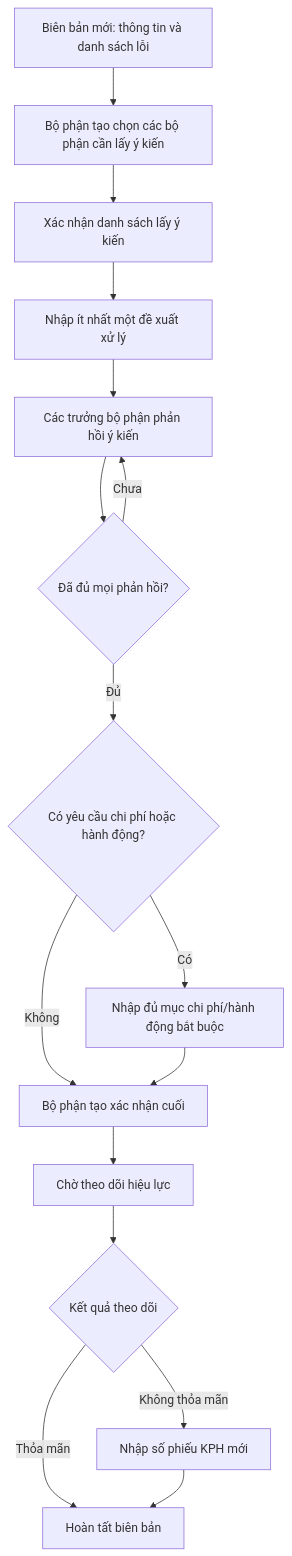
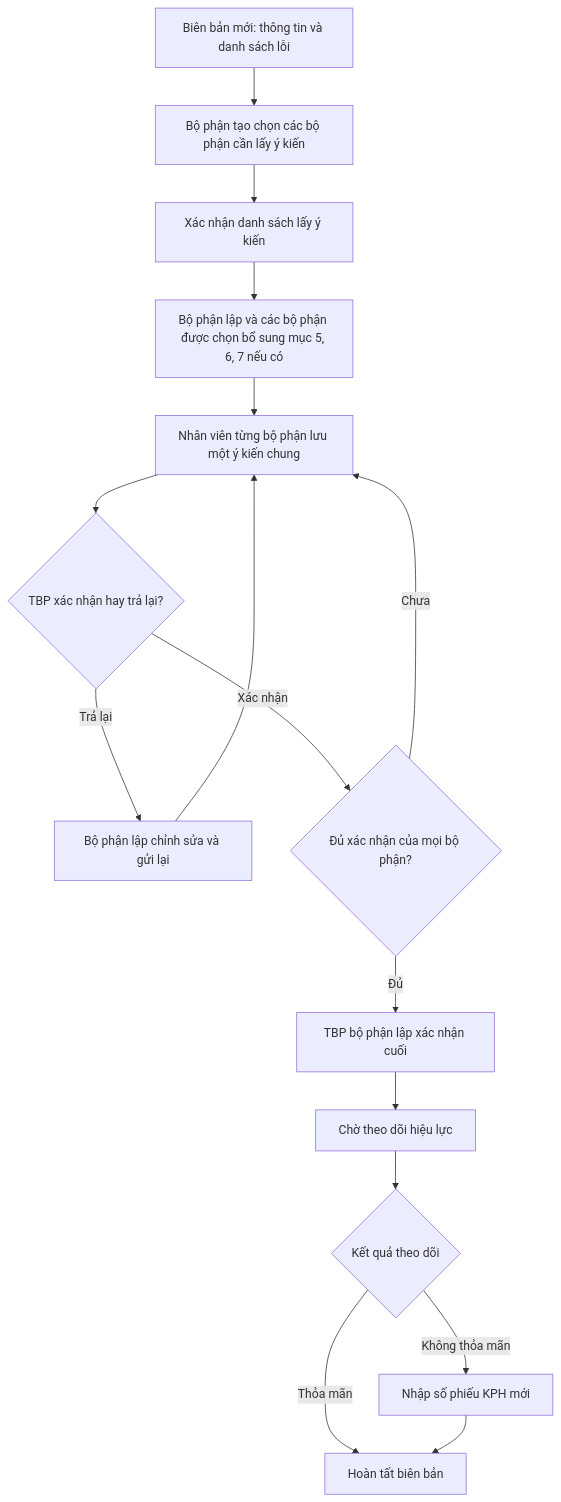
The ninth of 12 diagrams in docs/HUONG_DAN_LUONG_SO_HOA_KIEM_VA_BIEN_BAN.md (duyy1805/SoHoaBBK), drawn with Mermaid before and after one commit. The commit also changed other lines of this file and 30 other files, not shown here.

````diff
--- a/docs/HUONG_DAN_LUONG_SO_HOA_KIEM_VA_BIEN_BAN.md
+++ b/docs/HUONG_DAN_LUONG_SO_HOA_KIEM_VA_BIEN_BAN.md
@@ -365,18 +365,18 @@
 ```mermaid
 flowchart TD
     A["Biên bản mới: thông tin và danh sách lỗi"] --> B["Bộ phận tạo chọn các bộ phận cần lấy ý kiến"]
     B --> C["Xác nhận danh sách lấy ý kiến"]
-    C --> D["Nhập ít nhất một đề xuất xử lý"]
-    D --> E["Các trưởng bộ phận phản hồi ý kiến"]
-    E --> F{"Đã đủ mọi phản hồi?"}
-    F -->|"Chưa"| E
-    F -->|"Đủ"| G{"Có yêu cầu chi phí hoặc hành động?"}
-    G -->|"Có"| H["Nhập đủ mục chi phí/hành động bắt buộc"]
-    G -->|"Không"| I["Bộ phận tạo xác nhận cuối"]
-    H --> I
+    C --> D["Bộ phận lập và các bộ phận được chọn bổ sung mục 5, 6, 7 nếu có"]
+    D --> E["Nhân viên từng bộ phận lưu một ý kiến chung"]
+    E --> F{"TBP xác nhận hay trả lại?"}
+    F -->|"Trả lại"| G["Bộ phận lập chỉnh sửa và gửi lại"]
+    G --> E
+    F -->|"Xác nhận"| H{"Đủ xác nhận của mọi bộ phận?"}
+    H -->|"Chưa"| E
+    H -->|"Đủ"| I["TBP bộ phận lập xác nhận cuối"]
     I --> J["Chờ theo dõi hiệu lực"]
     J --> K{"Kết quả theo dõi"}
     K -->|"Thỏa mãn"| L["Hoàn tất biên bản"]
     K -->|"Không thỏa mãn"| M["Nhập số phiếu KPH mới"]
     M --> L
 ```
````
